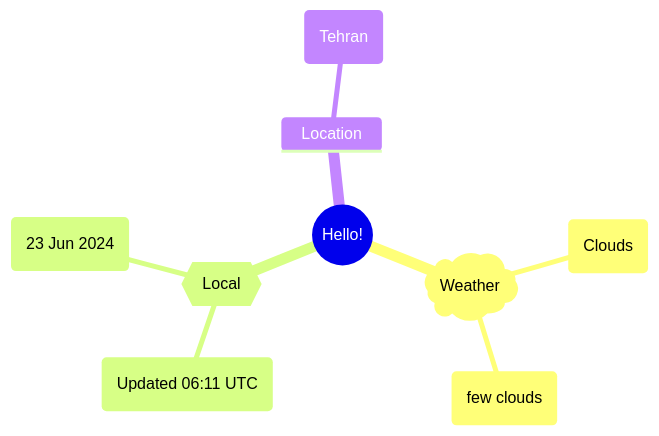
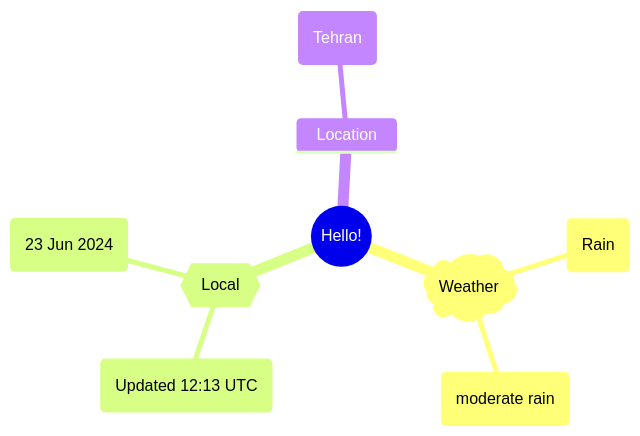
One commit to Xosrov/Xosrov changed the first of 2 diagrams in README.md. Above: the diagram before and after it, drawn with Mermaid.

Commit message:
[bot] updated images

````diff
--- a/README.md
+++ b/README.md
@@ -3,12 +3,12 @@
 ```mermaid
 mindmap
   root((Hello!))
     )Weather(
-        (Clouds)
-        (few clouds)
+        (Rain)
+        (moderate rain)
     {{Local}}
-        (Updated 06:11 UTC)
+        (Updated 12:13 UTC)
         (23 Jun 2024)
     Location
         (Tehran)
 ```
````
